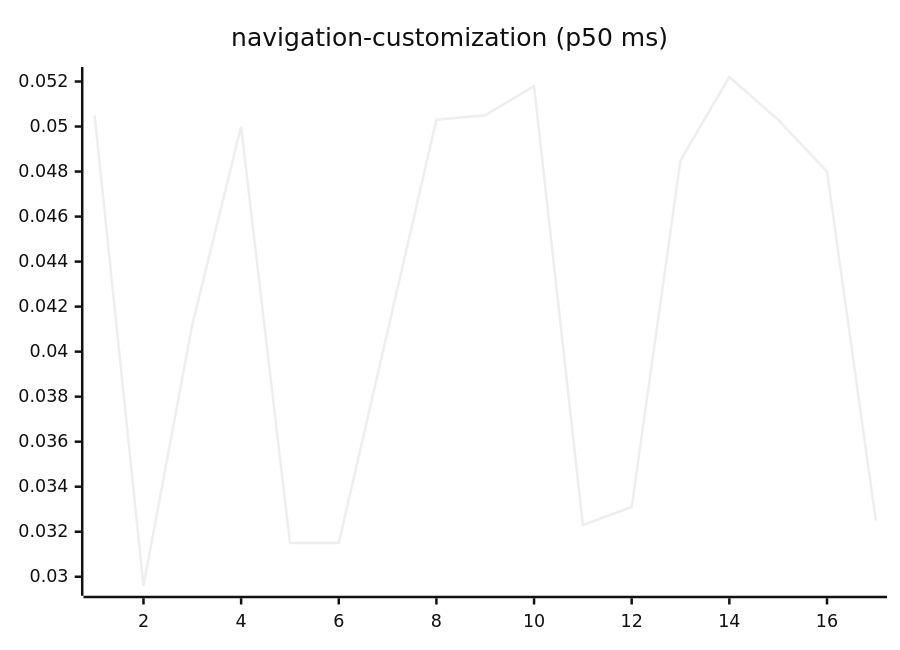
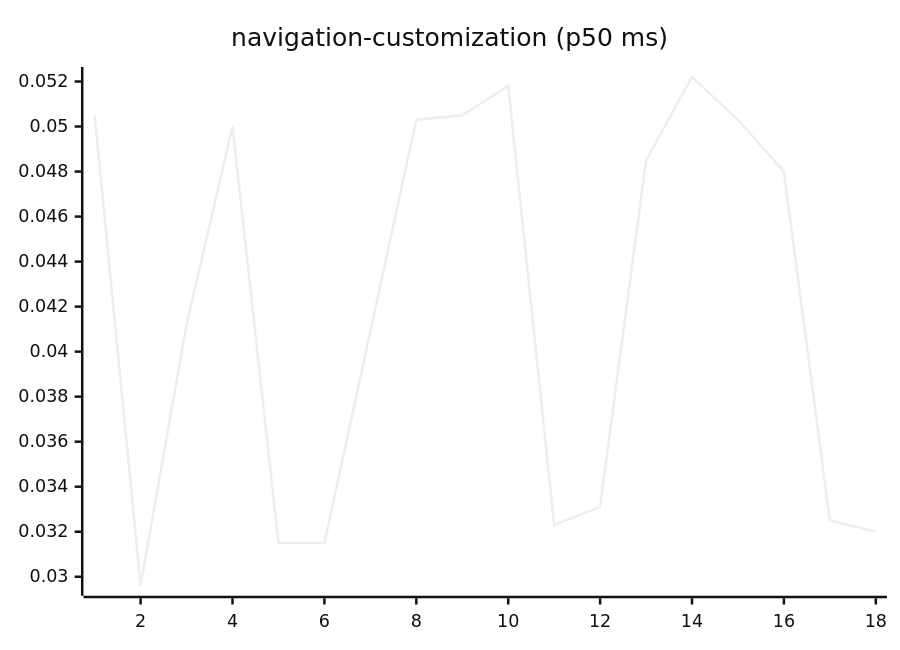
One commit to josha/Facet changed diagram 15 of 27 in README.md. Above: the diagram before and after it, drawn with Mermaid (neutral theme). The commit also changed other lines of this file and 2 other files, not shown here.

````diff
--- a/README.md
+++ b/README.md
@@ -161,6 +161,6 @@
 ```mermaid
 xychart-beta
     title "navigation-customization (p50 ms)"
-    x-axis 1 --> 17
-    line [0.0505, 0.0296, 0.0412, 0.0500, 0.0315, 0.0315, 0.0409, 0.0503, 0.0505, 0.0518, 0.0323, 0.0331, 0.0485, 0.0522, 0.0503, 0.0480, 0.0325]
+    x-axis 1 --> 18
+    line [0.0505, 0.0296, 0.0412, 0.0500, 0.0315, 0.0315, 0.0409, 0.0503, 0.0505, 0.0518, 0.0323, 0.0331, 0.0485, 0.0522, 0.0503, 0.0480, 0.0325, 0.0320]
 ```
````
